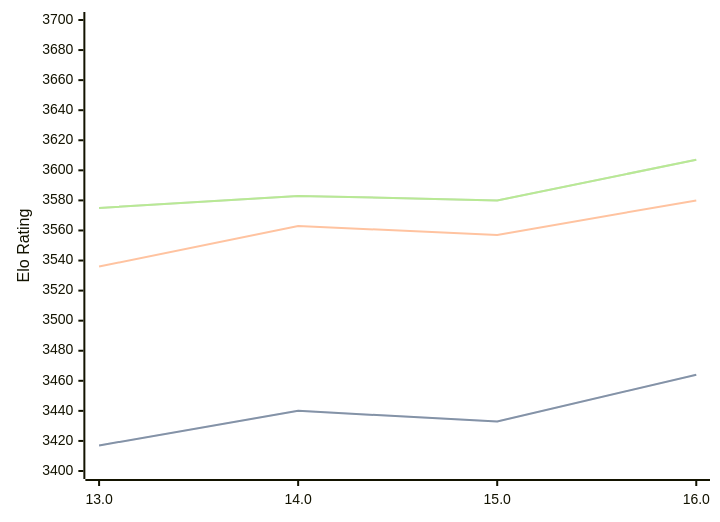
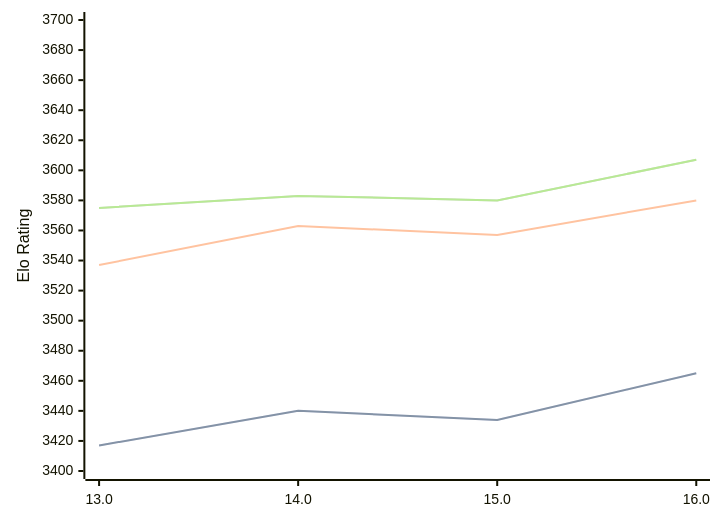
The diagram in engines/Obsidian.md (computer-chess-index/cci), drawn with Mermaid before and after one commit. The commit also changed other lines of this file, not shown here.

````diff
--- a/engines/Obsidian.md
+++ b/engines/Obsidian.md
@@ -43,11 +43,11 @@
 ```mermaid
 %%{init: {"theme":"base","themeVariables":{"seriesColors:['#a3a3a3','#222221','#faa371']}}}%%
 xychart-beta
   x-axis ["13.0", "14.0", "15.0", "16.0"]
   y-axis "Elo Rating" 3400 --> 3700
-  line "STC (8.0+0.08s)" [3417, 3440, 3433, 3464]
-  line "STC (8.0+0.08s)" [3417, 3440, 3433, 3464]
-  line "LTC (60.0+0.60s)" [3536, 3563, 3557, 3580]
+  line "STC (8.0+0.08s)" [3417, 3440, 3434, 3465]
+  line "STC (8.0+0.08s)" [3417, 3440, 3434, 3465]
+  line "LTC (60.0+0.60s)" [3537, 3563, 3557, 3580]
   line "VLTC (2m24s+1.12s)" [3575, 3583, 3580, 3607]
   line "VLTC (2m24s+1.12s)" [3575, 3583, 3580, 3607]
 ```
````
